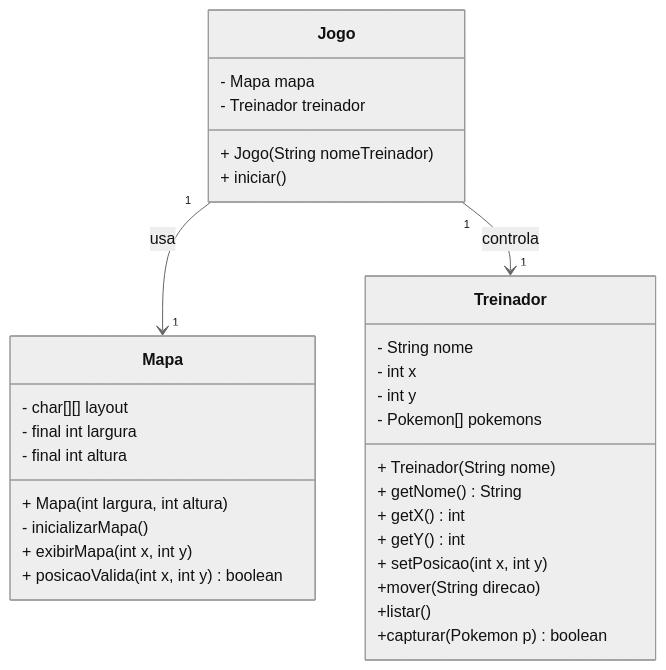
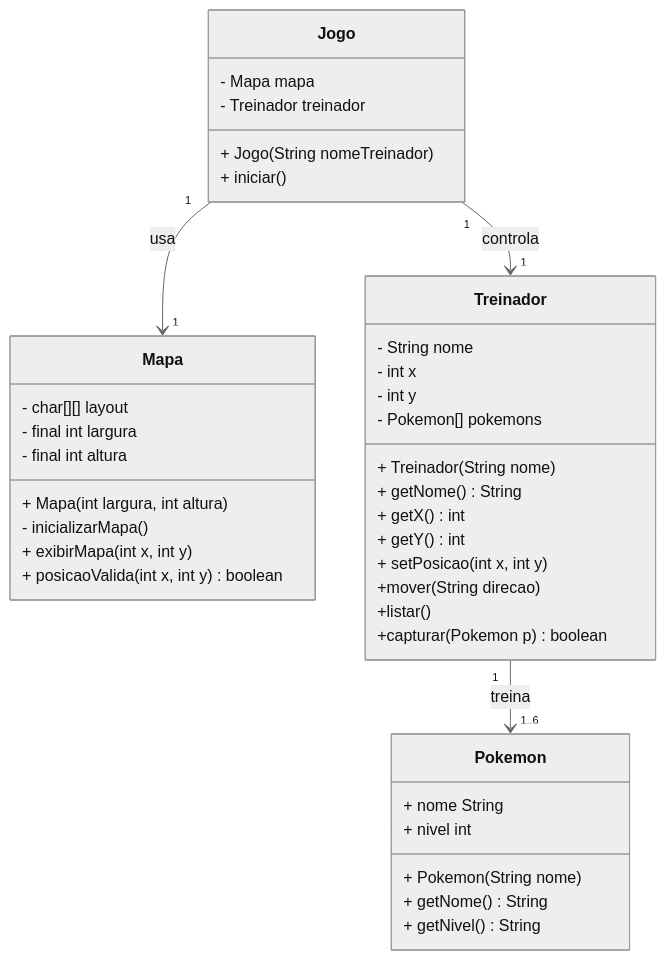
One commit to profBruno-UFC-Qx/oriented-object-programming changed the diagram in _praticas/pp02.md. Above: the diagram before and after it, drawn with Mermaid (neutral theme). The commit also changed 1 other file, not shown here.

Commit message:
Prática 03

```diff
--- a/_praticas/pp02.md
+++ b/_praticas/pp02.md
@@ -20,40 +20,49 @@
 <pre class="mermaid">
 
 classDiagram
     class Mapa {
         - char[][] layout
         - final int largura
         - final int altura
         + Mapa(int largura, int altura)
         - inicializarMapa()
         + exibirMapa(int x, int y)
         + posicaoValida(int x, int y) boolean
     }
 
     class Treinador {
         - String nome
         - int x
         - int y
         - Pokemon[] pokemons
         + Treinador(String nome)
         + getNome() String
         + getX() int
         + getY() int
         + setPosicao(int x, int y)
 		+mover(String direcao)
 		+listar()
 		+capturar(Pokemon p) boolean
 
     }
 
     class Jogo {
         - Mapa mapa
         - Treinador treinador
         + Jogo(String nomeTreinador)
         + iniciar()
     }
+    
+    class Pokemon {
+        + nome String
+        + nivel int
+        + Pokemon(String nome)
+        + getNome() String
+        + getNivel() String
+    }
 
     %% Relações
     Jogo "1" --> "1" Mapa : usa
     Jogo "1" --> "1" Treinador : controla
+    Treinador "1" --> "1..6" Pokemon: treina
 </pre>    
```
